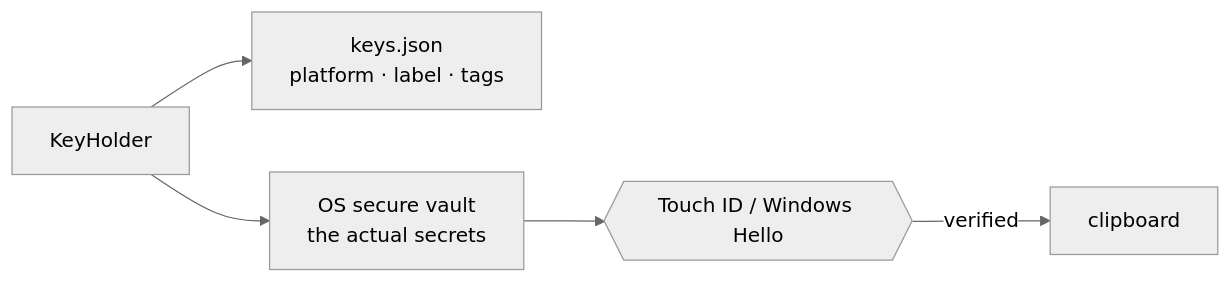
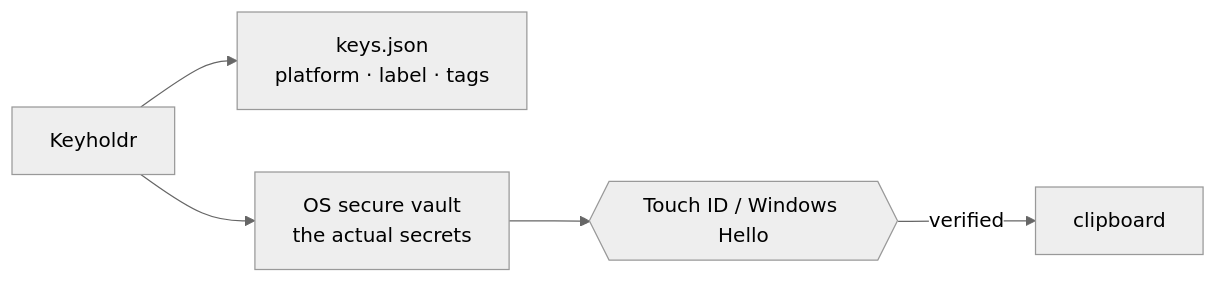
One commit to OlixIgnacious/keyholdr changed the diagram in README.md. Above: the diagram before and after it, drawn with Mermaid (neutral theme). The commit also changed other lines of this file and 26 other files, not shown here.

First line of the commit message:
Rename KeyHolder to Keyholdr

````diff
--- a/README.md
+++ b/README.md
@@ -43,7 +43,7 @@
 ```mermaid
 graph LR
-    UI[KeyHolder] --> M["keys.json<br>platform · label · tags"]
+    UI[Keyholdr] --> M["keys.json<br>platform · label · tags"]
     UI --> V["OS secure vault<br>the actual secrets"]
     V --> B{{"Touch ID / Windows Hello"}}
     B -->|verified| C[clipboard]
 ```
````
